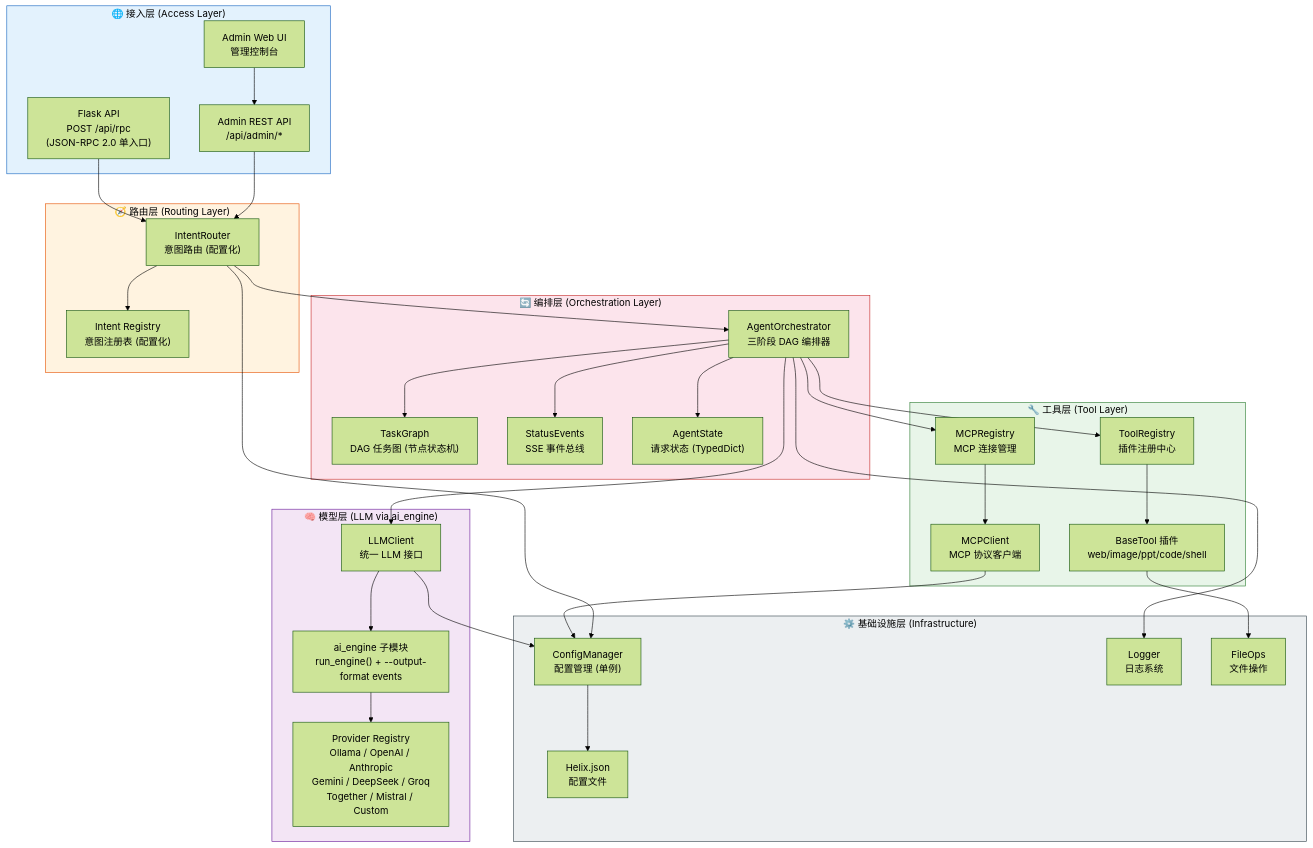
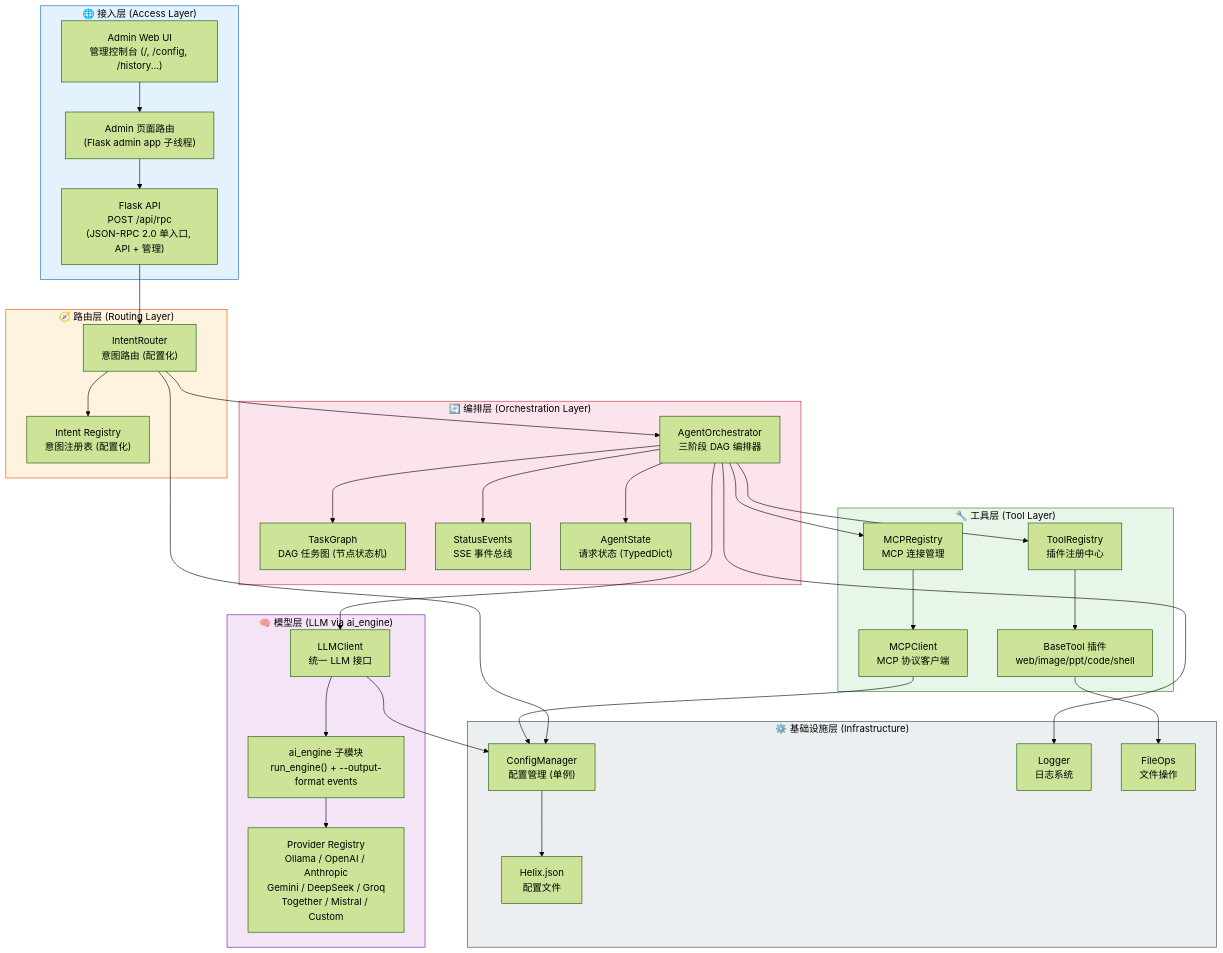
The first of 16 diagrams in doc/design.md (jimmylang74/Helix), drawn with Mermaid (forest theme) before and after one commit. The commit also changed other lines of this file, not shown here.

````diff
--- a/doc/design.md
+++ b/doc/design.md
@@ -46,69 +46,69 @@
 ```mermaid
 graph TB
     subgraph L1["🌐 接入层 (Access Layer)"]
-        A1["Flask API<br/>POST /api/rpc<br/>(JSON-RPC 2.0 单入口)"]
-        A2["Admin Web UI<br/>管理控制台"]
-        A3["Admin REST API<br/>/api/admin/*"]
+        A1["Flask API<br/>POST /api/rpc<br/>(JSON-RPC 2.0 单入口, API + 管理)"]
+        A2["Admin Web UI<br/>管理控制台 (/, /config, /history...)"]
+        A3["Admin 页面路由<br/>(Flask admin app 子线程)"]
     end
 
     subgraph L2["🧭 路由层 (Routing Layer)"]
         B1["IntentRouter<br/>意图路由 (配置化)"]
         B2["Intent Registry<br/>意图注册表 (配置化)"]
     end
 
     subgraph L3["🔄 编排层 (Orchestration Layer)"]
         C1["AgentOrchestrator<br/>三阶段 DAG 编排器"]
         C2["TaskGraph<br/>DAG 任务图 (节点状态机)"]
         C3["StatusEvents<br/>SSE 事件总线"]
         C4["AgentState<br/>请求状态 (TypedDict)"]
     end
 
     subgraph L4["🔧 工具层 (Tool Layer)"]
         D1["ToolRegistry<br/>插件注册中心"]
         D2["BaseTool 插件<br/>web/image/ppt/code/shell"]
         D3["MCPRegistry<br/>MCP 连接管理"]
         D4["MCPClient<br/>MCP 协议客户端"]
     end
 
     subgraph L5["🧠 模型层 (LLM via ai_engine)"]
         E1["LLMClient<br/>统一 LLM 接口"]
         E2["ai_engine 子模块<br/>run_engine() + --output-format events"]
         E3["Provider Registry<br/>Ollama / OpenAI / Anthropic<br/>Gemini / DeepSeek / Groq<br/>Together / Mistral / Custom"]
     end
 
     subgraph L6["⚙️ 基础设施层 (Infrastructure)"]
         F1["ConfigManager<br/>配置管理 (单例)"]
         F2["Logger<br/>日志系统"]
         F3["FileOps<br/>文件操作"]
         F4["Helix.json<br/>配置文件"]
     end
 
     A1 --> B1
     A2 --> A3
-    A3 --> B1
+    A3 --> A1
     B1 --> B2
     B1 --> C1
     C1 --> C2
     C1 --> C3
     C1 --> C4
     C1 --> D1
     C1 --> D3
     D1 --> D2
     D3 --> D4
     C1 --> E1
     E1 --> E2
     E2 --> E3
     D2 --> F3
     D4 --> F1
     E1 --> F1
     B1 --> F1
     C1 --> F2
     F1 --> F4
 
     style L1 fill:#e3f2fd,stroke:#1565c0,color:#000
     style L2 fill:#fff3e0,stroke:#e65100,color:#000
     style L3 fill:#fce4ec,stroke:#c62828,color:#000
     style L4 fill:#e8f5e9,stroke:#2e7d32,color:#000
     style L5 fill:#f3e5f5,stroke:#6a1b9a,color:#000
     style L6 fill:#eceff1,stroke:#37474f,color:#000
 ```
````
